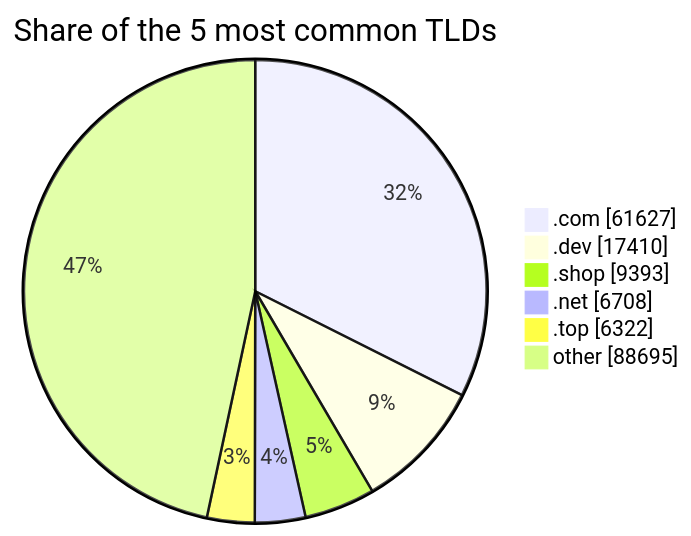
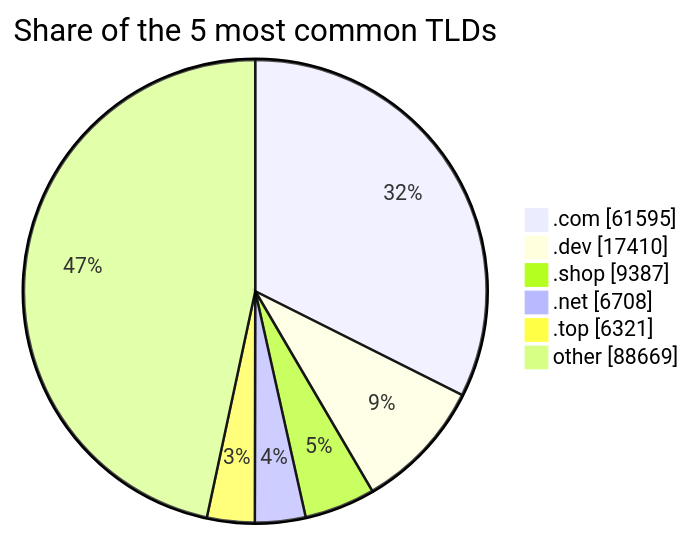
The third of 3 diagrams in README.md (DNSBunker/CTI), drawn with Mermaid before and after one commit. The commit also changed other lines of this file and 3 other files, not shown here.

````diff
--- a/README.md
+++ b/README.md
@@ -81,9 +81,9 @@
 ```mermaid
 pie showData title Share of the 5 most common TLDs
-    ".com" : 61627
+    ".com" : 61595
     ".dev" : 17410
-    ".shop" : 9393
+    ".shop" : 9387
     ".net" : 6708
-    ".top" : 6322
-    "other" : 88695
+    ".top" : 6321
+    "other" : 88669
 ```
````
